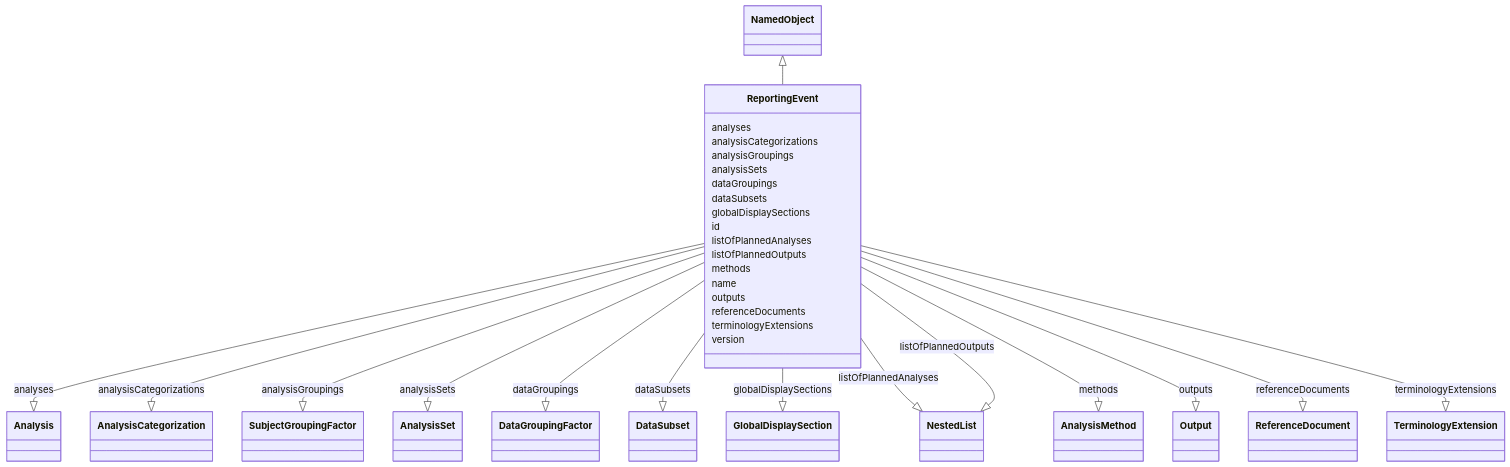
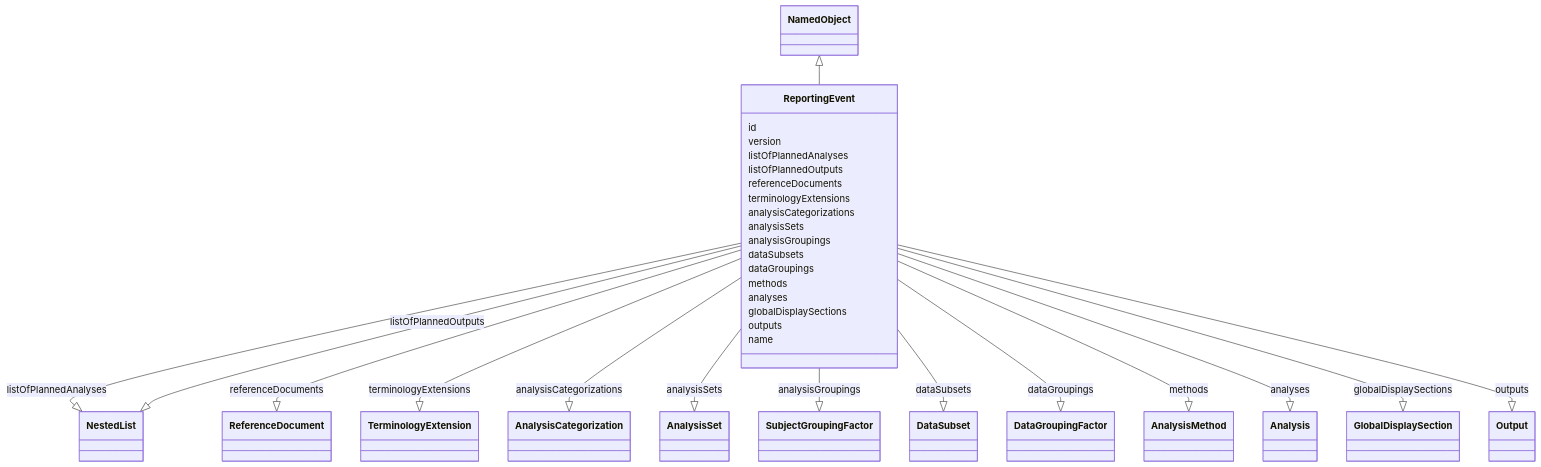
The diagram in project/docs/ReportingEvent.md (cdisc-org/analysis-results-standard), drawn with Mermaid before and after one commit. The commit also changed other lines of this file and 192 other files, not shown here.

````diff
--- a/project/docs/ReportingEvent.md
+++ b/project/docs/ReportingEvent.md
@@ -15,65 +13,36 @@
 ```mermaid
  classDiagram
     class ReportingEvent
       NamedObject <|-- ReportingEvent
-      
-      ReportingEvent : analyses
+
+      ReportingEvent : id
+        ReportingEvent : version
+        ReportingEvent : listOfPlannedAnalyses
+        ReportingEvent --|> NestedList : listOfPlannedAnalyses
+        ReportingEvent : listOfPlannedOutputs
+        ReportingEvent --|> NestedList : listOfPlannedOutputs
+        ReportingEvent : referenceDocuments
+        ReportingEvent --|> ReferenceDocument : referenceDocuments
+        ReportingEvent : terminologyExtensions
+        ReportingEvent --|> TerminologyExtension : terminologyExtensions
+        ReportingEvent : analysisCategorizations
+        ReportingEvent --|> AnalysisCategorization : analysisCategorizations
+        ReportingEvent : analysisSets
+        ReportingEvent --|> AnalysisSet : analysisSets
+        ReportingEvent : analysisGroupings
+        ReportingEvent --|> SubjectGroupingFactor : analysisGroupings
+        ReportingEvent : dataSubsets
+        ReportingEvent --|> DataSubset : dataSubsets
+        ReportingEvent : dataGroupings
+        ReportingEvent --|> DataGroupingFactor : dataGroupings
+        ReportingEvent : methods
+        ReportingEvent --|> AnalysisMethod : methods
+        ReportingEvent : analyses
+        ReportingEvent --|> Analysis : analyses
+        ReportingEvent : globalDisplaySections
+        ReportingEvent --|> GlobalDisplaySection : globalDisplaySections
+        ReportingEvent : outputs
+        ReportingEvent --|> Output : outputs
+        ReportingEvent : name
         
-          ReportingEvent --|> Analysis : analyses
-        
-      ReportingEvent : analysisCategorizations
-        
-          ReportingEvent --|> AnalysisCategorization : analysisCategorizations
-        
-      ReportingEvent : analysisGroupings
-        
-          ReportingEvent --|> SubjectGroupingFactor : analysisGroupings
-        
-      ReportingEvent : analysisSets
-        
-          ReportingEvent --|> AnalysisSet : analysisSets
-        
-      ReportingEvent : dataGroupings
-        
-          ReportingEvent --|> DataGroupingFactor : dataGroupings
-        
-      ReportingEvent : dataSubsets
-        
-          ReportingEvent --|> DataSubset : dataSubsets
-        
-      ReportingEvent : globalDisplaySections
-        
-          ReportingEvent --|> GlobalDisplaySection : globalDisplaySections
-        
-      ReportingEvent : id
-        
-      ReportingEvent : listOfPlannedAnalyses
-        
-          ReportingEvent --|> NestedList : listOfPlannedAnalyses
-        
-      ReportingEvent : listOfPlannedOutputs
-        
-          ReportingEvent --|> NestedList : listOfPlannedOutputs
-        
-      ReportingEvent : methods
-        
-          ReportingEvent --|> AnalysisMethod : methods
-        
-      ReportingEvent : name
-        
-      ReportingEvent : outputs
-        
-          ReportingEvent --|> Output : outputs
-        
-      ReportingEvent : referenceDocuments
-        
-          ReportingEvent --|> ReferenceDocument : referenceDocuments
-        
-      ReportingEvent : terminologyExtensions
-        
-          ReportingEvent --|> TerminologyExtension : terminologyExtensions
-        
-      ReportingEvent : version
-        
-      
 ```
````
